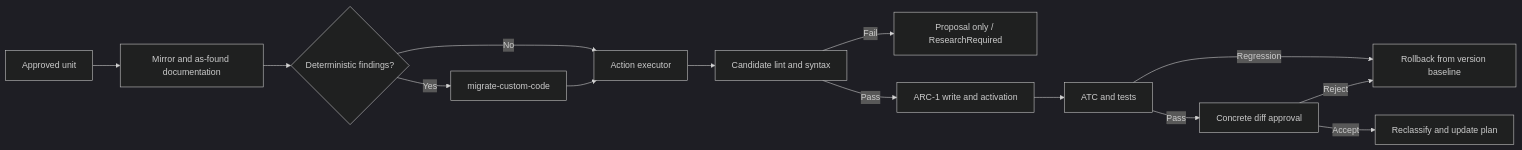
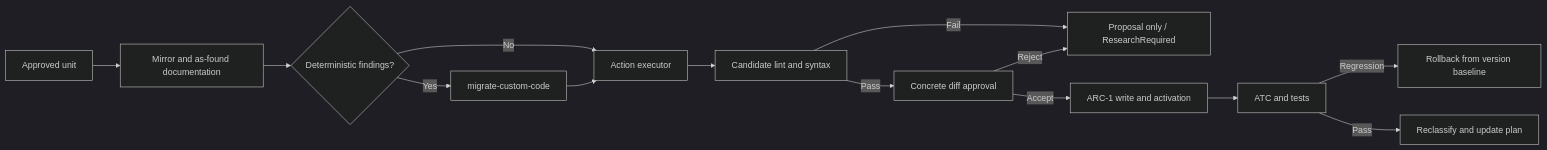
The third of 4 diagrams in skills/sap-erp-clean-core-refactor/WORKFLOW.md (Raistlin82/arc-1-fork), drawn with Mermaid (dark theme) before and after one commit. The commit also changed other lines of this file and 18 other files, not shown here.

````diff
--- a/skills/sap-erp-clean-core-refactor/WORKFLOW.md
+++ b/skills/sap-erp-clean-core-refactor/WORKFLOW.md
@@ -300,16 +315,16 @@
 ```mermaid
 flowchart LR
     A["Approved unit"] --> B["Mirror and as-found documentation"]
     B --> C{"Deterministic findings?"}
     C -->|Yes| D["migrate-custom-code"]
     C -->|No| E["Action executor"]
     D --> E
     E --> F["Candidate lint and syntax"]
     F -->|Fail| STOP["Proposal only / ResearchRequired"]
-    F -->|Pass| G["ARC-1 write and activation"]
+    F -->|Pass| I["Concrete diff approval"]
+    I -->|Reject| STOP
+    I -->|Accept| G["ARC-1 write and activation"]
     G --> H["ATC and tests"]
     H -->|Regression| R["Rollback from version baseline"]
-    H -->|Pass| I["Concrete diff approval"]
-    I -->|Reject| R
-    I -->|Accept| J["Reclassify and update plan"]
+    H -->|Pass| J["Reclassify and update plan"]
 ```
````
